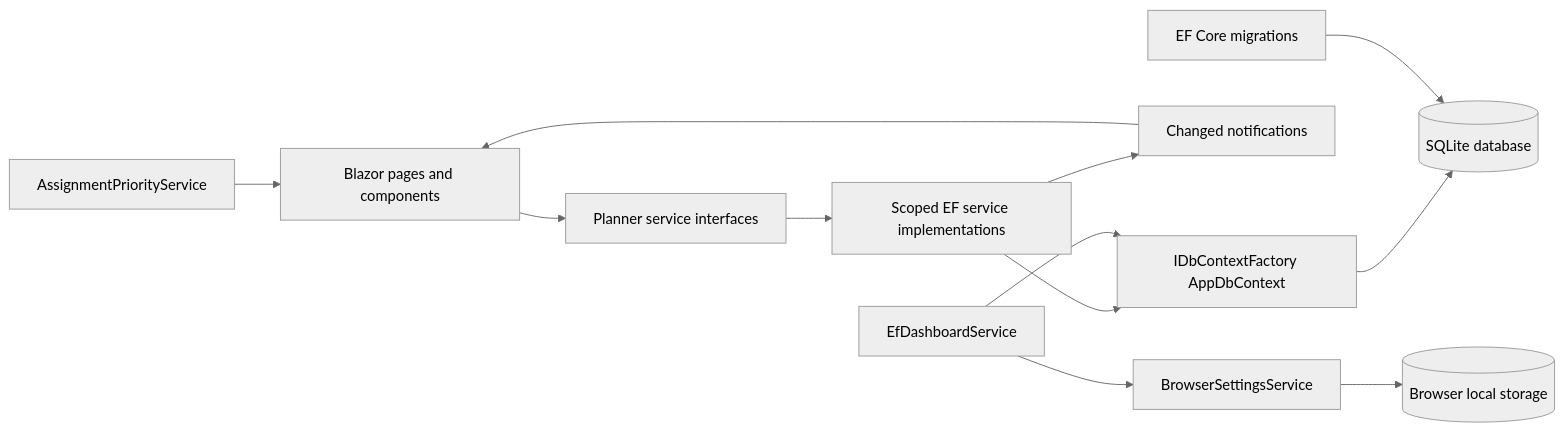
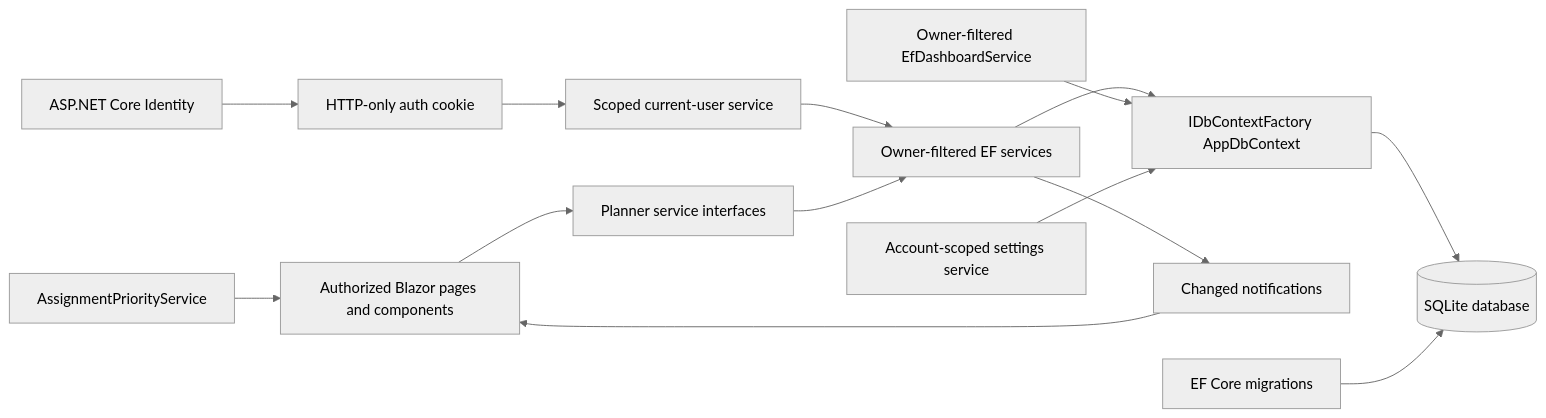
The diagram in docs/BACKEND_ARCHITECTURE.md (NurbolatProj/StudentPlanner), drawn with Mermaid (neutral theme) before and after one commit. The commit also changed other lines of this file and 73 other files, not shown here.

````diff
--- a/docs/BACKEND_ARCHITECTURE.md
+++ b/docs/BACKEND_ARCHITECTURE.md
@@ -7,14 +7,16 @@
 ```mermaid
 flowchart LR
-    UI[Blazor pages and components] --> Contracts[Planner service interfaces]
-    Contracts --> EF[Scoped EF service implementations]
+    UI[Authorized Blazor pages and components] --> Contracts[Planner service interfaces]
+    Auth[ASP.NET Core Identity] --> Cookie[HTTP-only auth cookie]
+    Cookie --> CurrentUser[Scoped current-user service]
+    CurrentUser --> EF[Owner-filtered EF services]
+    Contracts --> EF
     EF --> Factory[IDbContextFactory AppDbContext]
     Factory --> DB[(SQLite database)]
     EF --> Notify[Changed notifications]
     Notify --> UI
-    Dashboard[EfDashboardService] --> Factory
-    Dashboard --> Prefs[BrowserSettingsService]
+    Dashboard[Owner-filtered EfDashboardService] --> Factory
+    Prefs[Account-scoped settings service] --> Factory
     Priority[AssignmentPriorityService] --> UI
-    Prefs --> LocalStorage[(Browser local storage)]
     Migrations[EF Core migrations] --> DB
 ```
````
